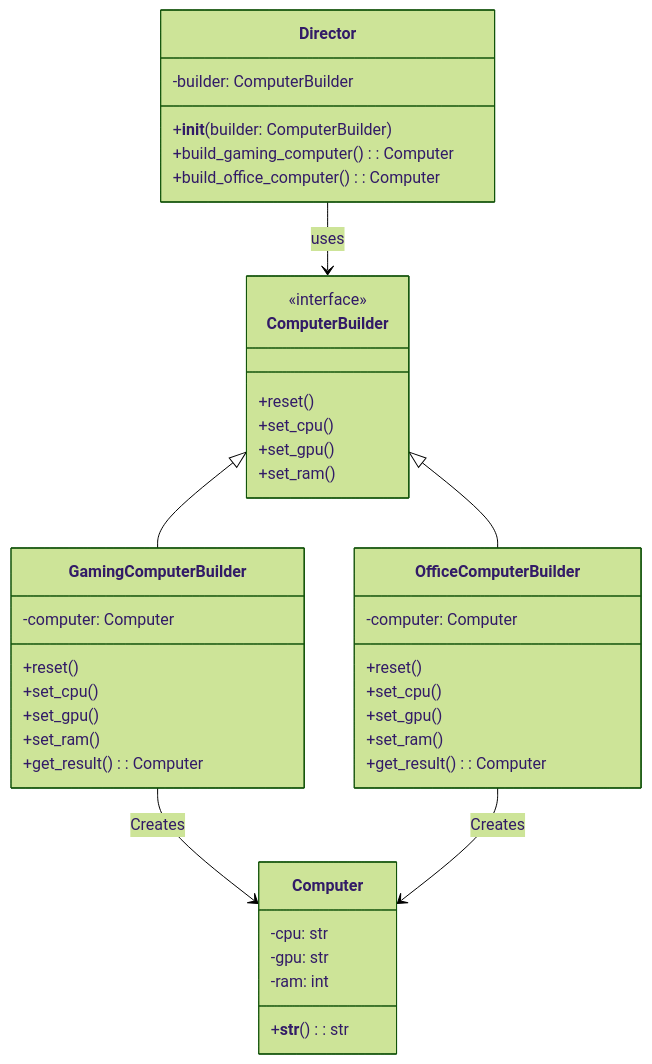
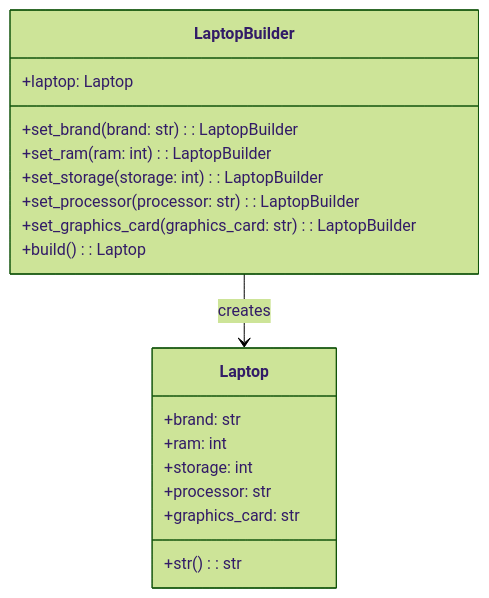
One commit to KhrystynaLutsiv/IT-21_OOP changed the diagram in Shvets_Igor/lab11/README.md. Above: the diagram before and after it, drawn with Mermaid (forest theme). The commit also changed other lines of this file, not shown here.

````diff
--- a/Shvets_Igor/lab11/README.md
+++ b/Shvets_Igor/lab11/README.md
@@ -59,48 +49,23 @@
 ```mermaid
 classDiagram
-    class Computer {
-        -cpu: str
-        -gpu: str
-        -ram: int
-        +__str__(): str
+    class Laptop {
+        +brand: str
+        +ram: int
+        +storage: int
+        +processor: str
+        +graphics_card: str
+        +str(): str
     }
 
-    class ComputerBuilder {
-        <<interface>>
-        +reset()
-        +set_cpu()
-        +set_gpu()
-        +set_ram()
+    class LaptopBuilder {
+        +laptop: Laptop
+        +set_brand(brand: str): LaptopBuilder
+        +set_ram(ram: int): LaptopBuilder
+        +set_storage(storage: int): LaptopBuilder
+        +set_processor(processor: str): LaptopBuilder
+        +set_graphics_card(graphics_card: str): LaptopBuilder
+        +build(): Laptop
     }
 
-    class GamingComputerBuilder {
-        -computer: Computer
-        +reset()
-        +set_cpu()
-        +set_gpu()
-        +set_ram()
-        +get_result(): Computer
-    }
-
-    class OfficeComputerBuilder {
-        -computer: Computer
-        +reset()
-        +set_cpu()
-        +set_gpu()
-        +set_ram()
-        +get_result(): Computer
-    }
-
-    class Director {
-        -builder: ComputerBuilder
-        +__init__(builder: ComputerBuilder)
-        +build_gaming_computer(): Computer
-        +build_office_computer(): Computer
-    }
-
-    Director --> ComputerBuilder : uses
-    ComputerBuilder <|-- GamingComputerBuilder
-    ComputerBuilder <|-- OfficeComputerBuilder
-    GamingComputerBuilder --> Computer : Creates
-    OfficeComputerBuilder --> Computer : Creates
+    LaptopBuilder --> Laptop : creates
 ```
````
